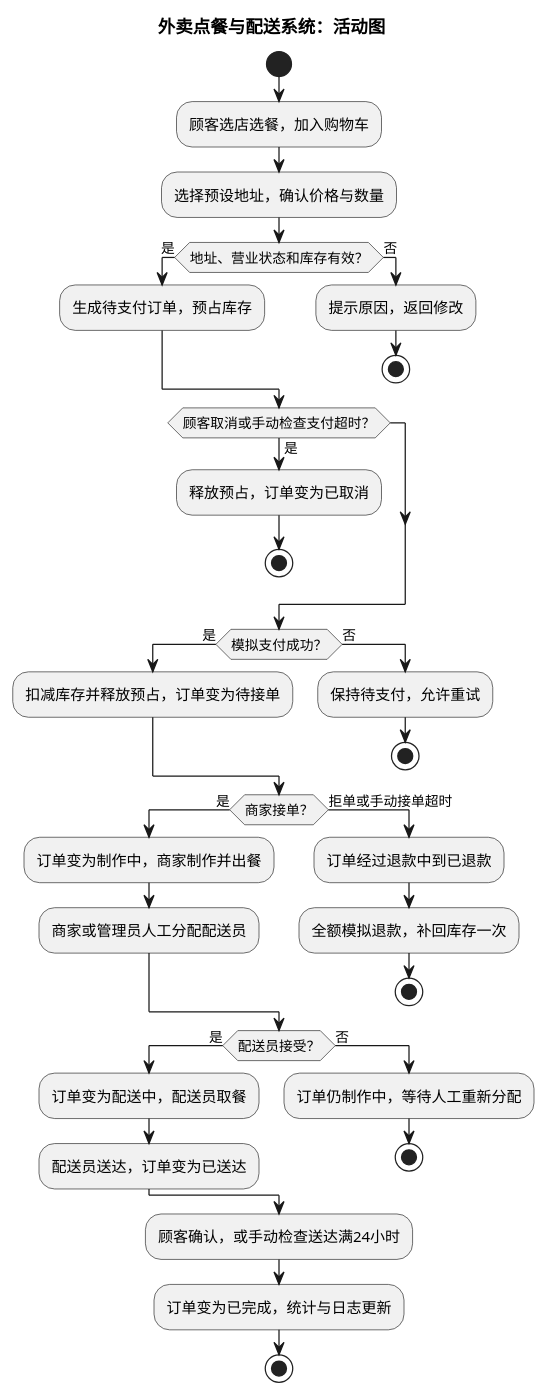
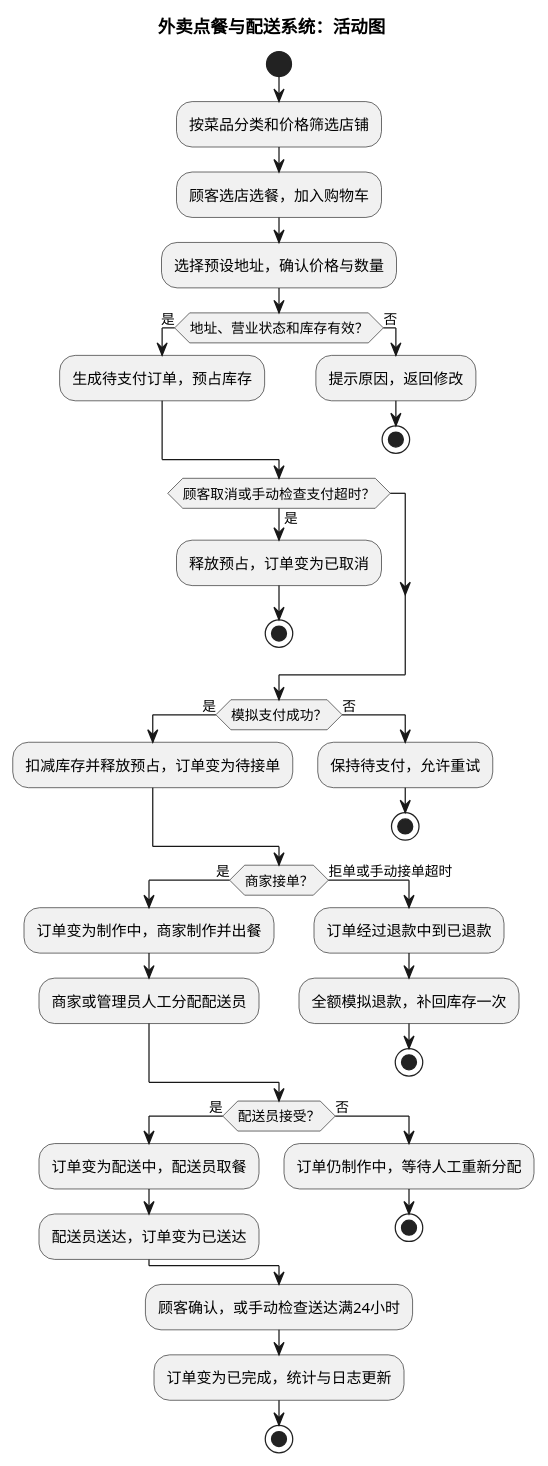
The diagram in UML/UML活动图.puml (yizuochengshilidefeng/Software-lab), drawn with PlantUML before and after one commit. The commit also changed 7 other files, not shown here.

```diff
--- a/UML/UML活动图.puml
+++ b/UML/UML活动图.puml
@@ -1,42 +1,43 @@
 @startuml
 title 外卖点餐与配送系统：活动图
 skinparam defaultFontName Microsoft YaHei
 skinparam shadowing false
 start
+:按菜品分类和价格筛选店铺;
 :顾客选店选餐，加入购物车;
 :选择预设地址，确认价格与数量;
 if (地址、营业状态和库存有效？) then (是)
   :生成待支付订单，预占库存;
 else (否)
   :提示原因，返回修改;
   stop
 endif
 if (顾客取消或手动检查支付超时？) then (是)
   :释放预占，订单变为已取消;
   stop
 endif
 if (模拟支付成功？) then (是)
   :扣减库存并释放预占，订单变为待接单;
 else (否)
   :保持待支付，允许重试;
   stop
 endif
 if (商家接单？) then (是)
   :订单变为制作中，商家制作并出餐;
   :商家或管理员人工分配配送员;
 else (拒单或手动接单超时)
   :订单经过退款中到已退款;
   :全额模拟退款，补回库存一次;
   stop
 endif
 if (配送员接受？) then (是)
   :订单变为配送中，配送员取餐;
   :配送员送达，订单变为已送达;
 else (否)
   :订单仍制作中，等待人工重新分配;
   stop
 endif
 :顾客确认，或手动检查送达满24小时;
 :订单变为已完成，统计与日志更新;
 stop
 @enduml
```
